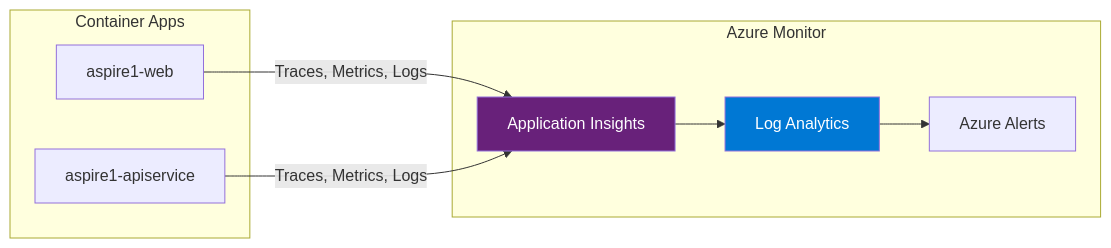
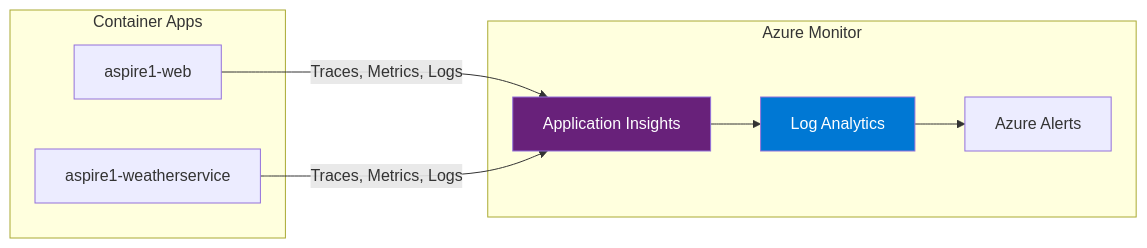
One commit to rbmathis/aspire1 changed the seventh of 8 diagrams in ARCHITECTURE.md. Above: the diagram before and after it, drawn with Mermaid. The commit also changed other lines of this file and 5 other files, not shown here.

First line of the commit message:
Align architecture documentation with actual codebase implementation (#20)

````diff
--- a/ARCHITECTURE.md
+++ b/ARCHITECTURE.md
@@ -343,21 +351,21 @@
 ```mermaid
 graph LR
     subgraph "Container Apps"
         Web[aspire1-web]
-        API[aspire1-apiservice]
+        API[aspire1-weatherservice]
     end
 
     subgraph "Azure Monitor"
         AppInsights[Application Insights]
         LogAnalytics[Log Analytics]
         Alerts[Azure Alerts]
     end
 
     Web -->|Traces, Metrics, Logs| AppInsights
     API -->|Traces, Metrics, Logs| AppInsights
     AppInsights --> LogAnalytics
     LogAnalytics --> Alerts
 
     style AppInsights fill:#68217a,color:#fff
     style LogAnalytics fill:#0078d4,color:#fff
 ```
````
